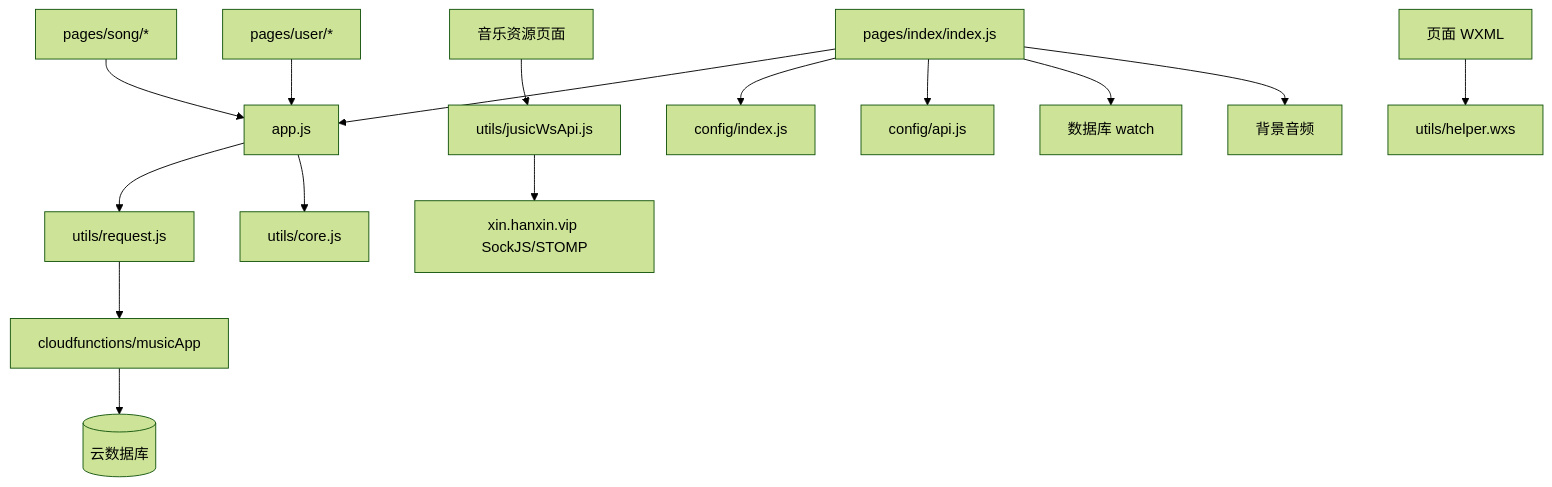
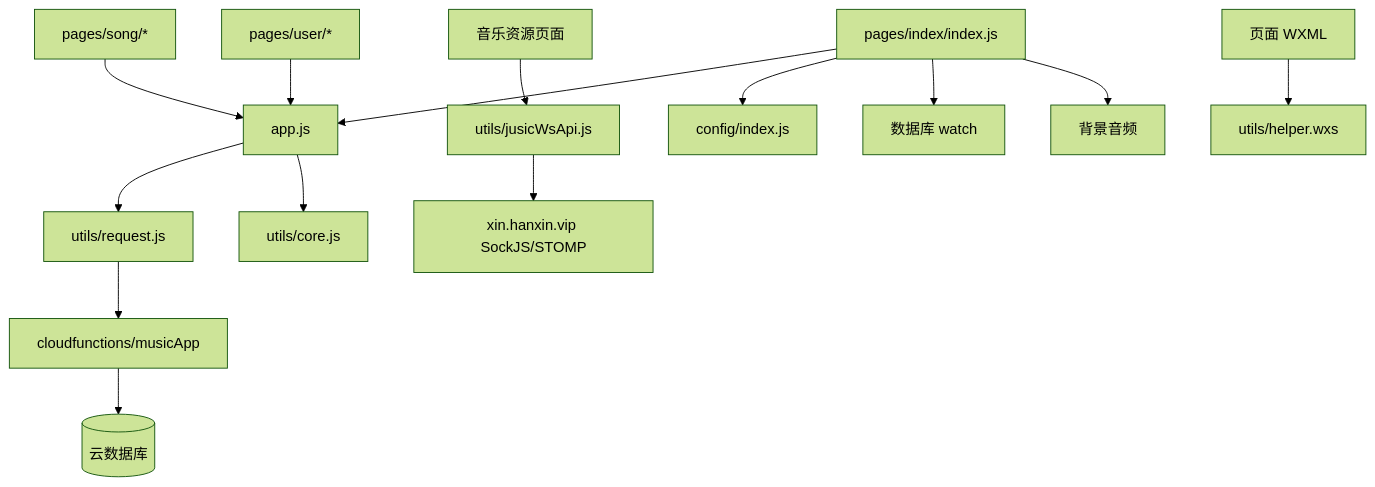
Before and after one commit to Neveryu/miniprogram-music: the first of 2 diagrams in docs/code-wiki/06-依赖关系.md, drawn with Mermaid (forest theme). The commit also changed 12 other files, not shown here.

````diff
--- a/docs/code-wiki/06-依赖关系.md
+++ b/docs/code-wiki/06-依赖关系.md
@@ -18,17 +18,16 @@
 ```mermaid
 flowchart TD
     APP[app.js] --> REQUEST[utils/request.js]
     APP --> CORE[utils/core.js]
     REQUEST --> FUNC[cloudfunctions/musicApp]
     FUNC --> DB[(云数据库)]
     SELECT[音乐资源页面] --> JUSIC[utils/jusicWsApi.js]
     JUSIC --> WS[xin.hanxin.vip SockJS/STOMP]
     INDEX[pages/index/index.js] --> APP
     INDEX --> CONFIG[config/index.js]
-    INDEX --> API[config/api.js]
     INDEX --> WATCH[数据库 watch]
     INDEX --> AUDIO[背景音频]
     SONG[pages/song/*] --> APP
     USER[pages/user/*] --> APP
     WXML[页面 WXML] --> WXS[utils/helper.wxs]
 ```
````
